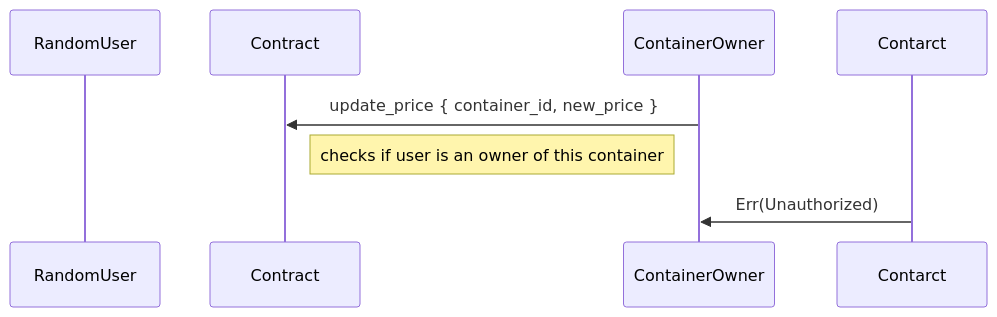
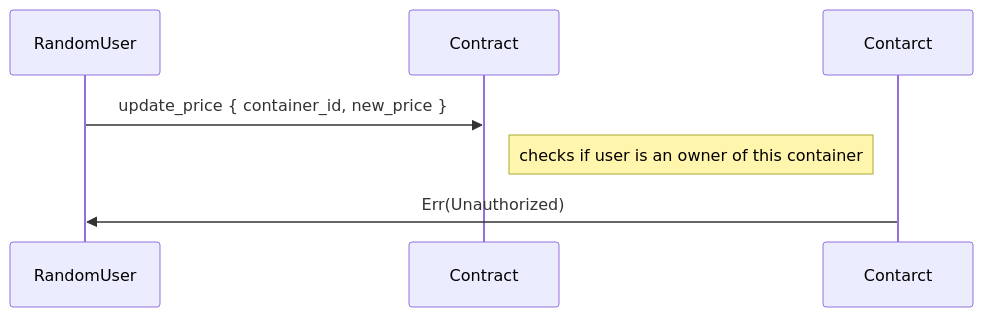
The third of 11 diagrams in DESIGN.md (Hydrochain/hydrochain-contracts), drawn with Mermaid before and after one commit. The commit also changed other lines of this file, not shown here.

Commit message:
Update DESIGN's file bugs

````diff
--- a/DESIGN.md
+++ b/DESIGN.md
@@ -27,8 +27,8 @@
 ```mermaid
 sequenceDiagram
   participant RandomUser
   participant Contract
-  ContainerOwner->>Contract: update_price { container_id, new_price }
+  RandomUser->>Contract: update_price { container_id, new_price }
   note right of Contract: checks if user is an owner of this container
-  Contarct->>ContainerOwner: Err(Unauthorized)
+  Contarct->>RandomUser: Err(Unauthorized)
 ```
````
